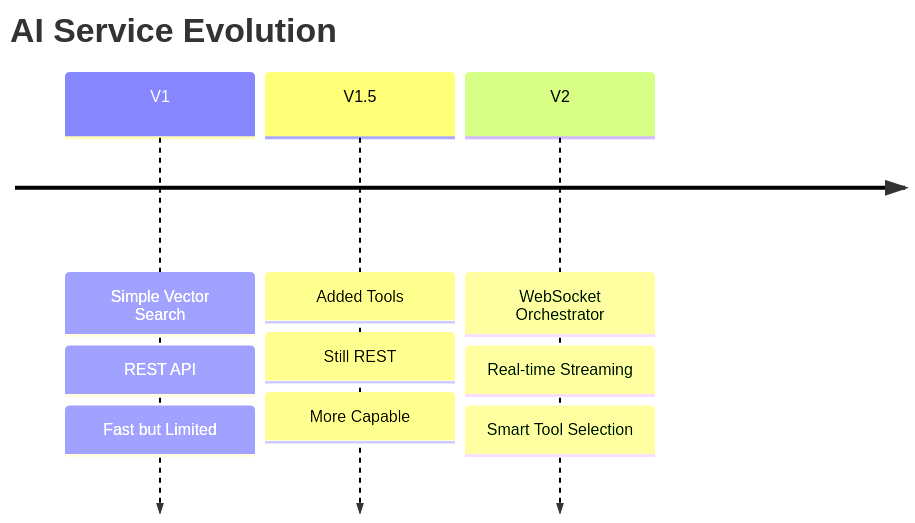
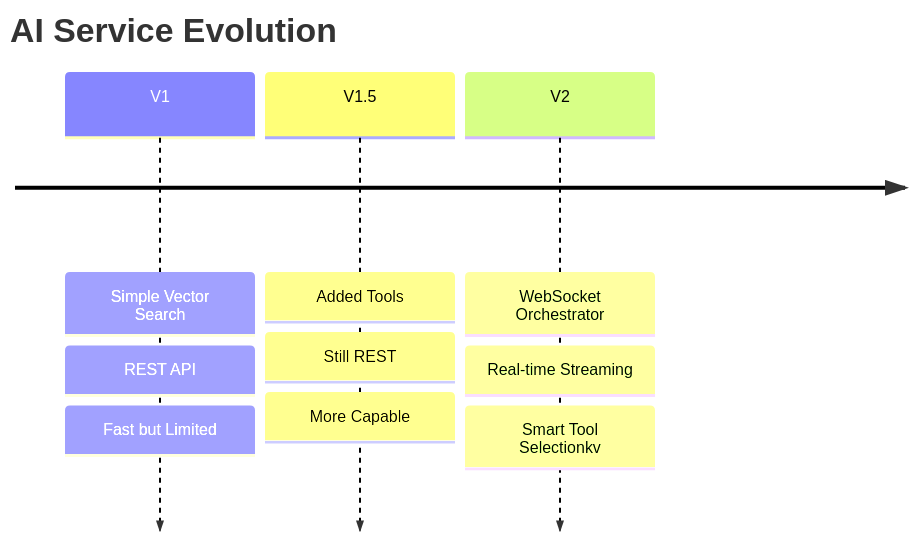
Before and after one commit to rishav-eeplus/ai-service-go: the first of 7 diagrams in docs/evolution-presentation.md, drawn with Mermaid. The commit also changed 26 other files, not shown here.

````diff
--- a/docs/evolution-presentation.md
+++ b/docs/evolution-presentation.md
@@ -7,13 +7,13 @@
 ```mermaid
 timeline
     title AI Service Evolution
     V1 : Simple Vector Search
        : REST API
        : Fast but Limited
     V1.5 : Added Tools
         : Still REST
         : More Capable
     V2 : WebSocket Orchestrator
       : Real-time Streaming
-      : Smart Tool Selection
+      : Smart Tool Selectionkv
 ```
````
